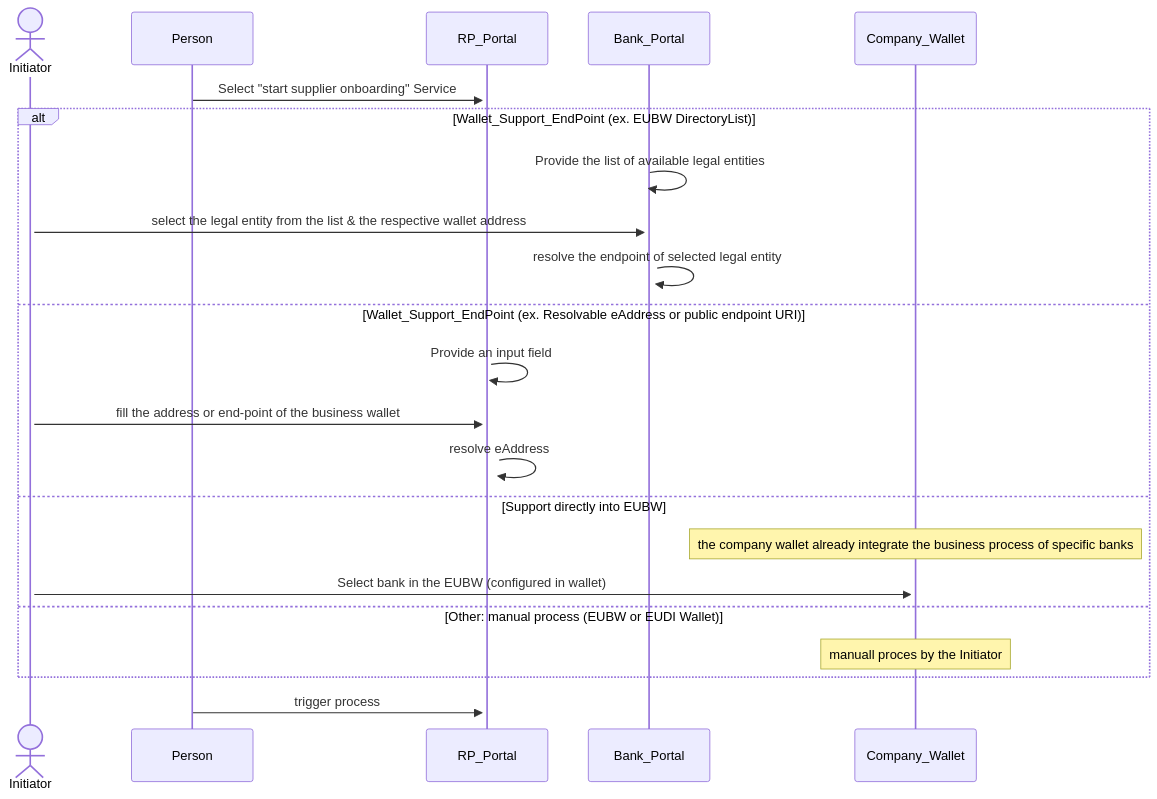
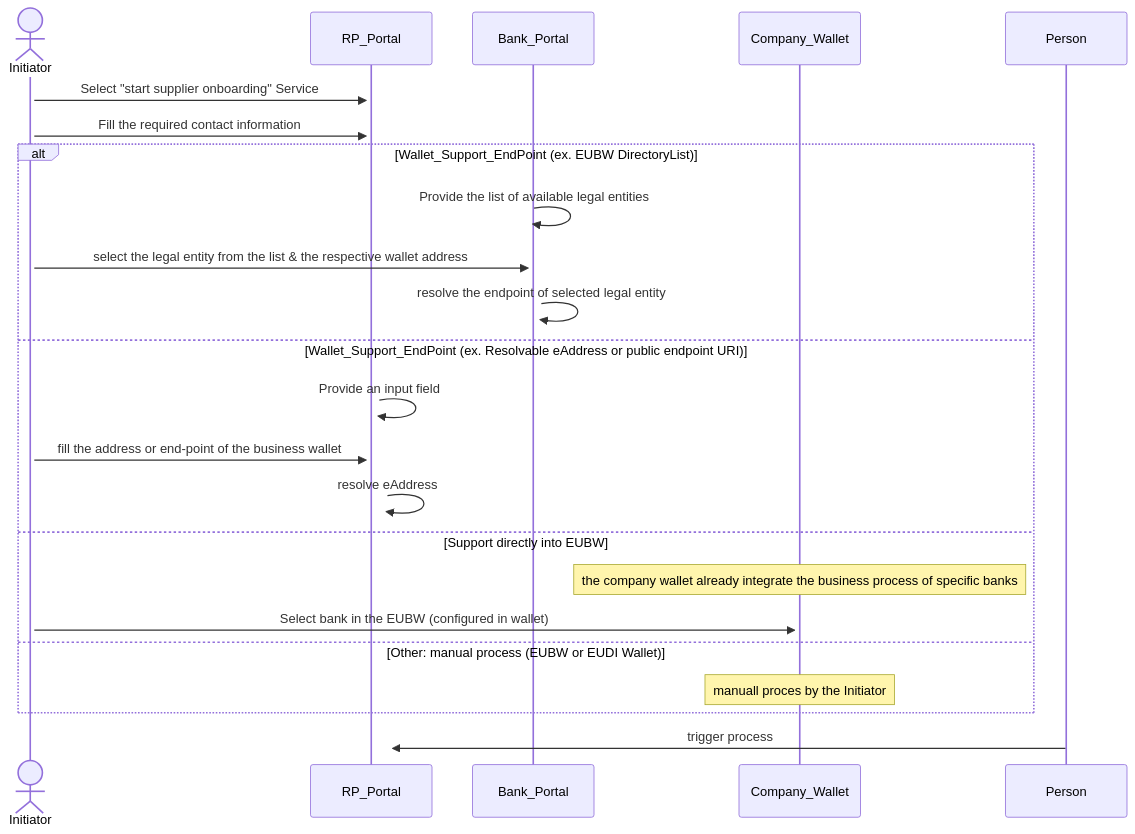
One commit to DominicHurni/wp3-technology-standards changed the second of 9 diagrams in BU1/BU1_KYS.md. Above: the diagram before and after it, drawn with Mermaid. The commit also changed other lines of this file and 3 other files, not shown here.

````diff
--- a/BU1/BU1_KYS.md
+++ b/BU1/BU1_KYS.md
@@ -60,21 +60,22 @@
 ```mermaid
 sequenceDiagram
     actor Initiator
     activate Initiator
-    Person->>+RP_Portal: Select "start supplier onboarding" Service
+    Initiator->>+RP_Portal: Select "start supplier onboarding" Service
+    Initiator->>+RP_Portal: Fill the required contact information
     alt Wallet_Support_EndPoint (ex. EUBW DirectoryList)
         Bank_Portal->>+Bank_Portal : Provide the list of available legal entities
         Initiator->>+Bank_Portal: select the legal entity from the list & the respective wallet address
         Bank_Portal->>+Bank_Portal: resolve the endpoint of selected legal entity
     else Wallet_Support_EndPoint (ex. Resolvable eAddress or public endpoint URI)
         RP_Portal->>+RP_Portal : Provide an input field
         Initiator->>+RP_Portal: fill the address or end-point of the business wallet
         RP_Portal->>+RP_Portal: resolve eAddress
     else Support directly into EUBW  
         Note over Company_Wallet: the company wallet already integrate the business process of specific banks
         Initiator->>+Company_Wallet: Select bank in the EUBW (configured in wallet)
     else Other: manual process (EUBW or EUDI Wallet)
         Note over Company_Wallet: manuall proces by the Initiator
     end
     Person->>+RP_Portal: trigger process
 ```
````
